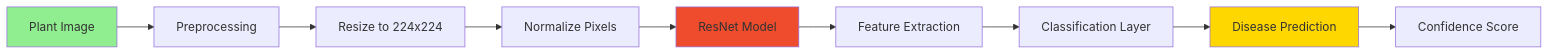
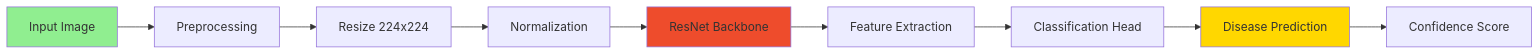
Before and after one commit to chandu1234678/AgroSight: the third of 4 diagrams in README.md, drawn with Mermaid. The commit also changed other lines of this file, not shown here.

````diff
--- a/README.md
+++ b/README.md
@@ -237,15 +276,15 @@
 ```mermaid
 graph LR
-    A[Plant Image] --> B[Preprocessing]
-    B --> C[Resize to 224x224]
-    C --> D[Normalize Pixels]
-    D --> E[ResNet Model]
+    A[Input Image] --> B[Preprocessing]
+    B --> C[Resize 224x224]
+    C --> D[Normalization]
+    D --> E[ResNet Backbone]
     E --> F[Feature Extraction]
-    F --> G[Classification Layer]
+    F --> G[Classification Head]
     G --> H[Disease Prediction]
     H --> I[Confidence Score]
     
     style A fill:#90EE90
     style E fill:#ee4c2c
     style H fill:#FFD700
 ```
````
